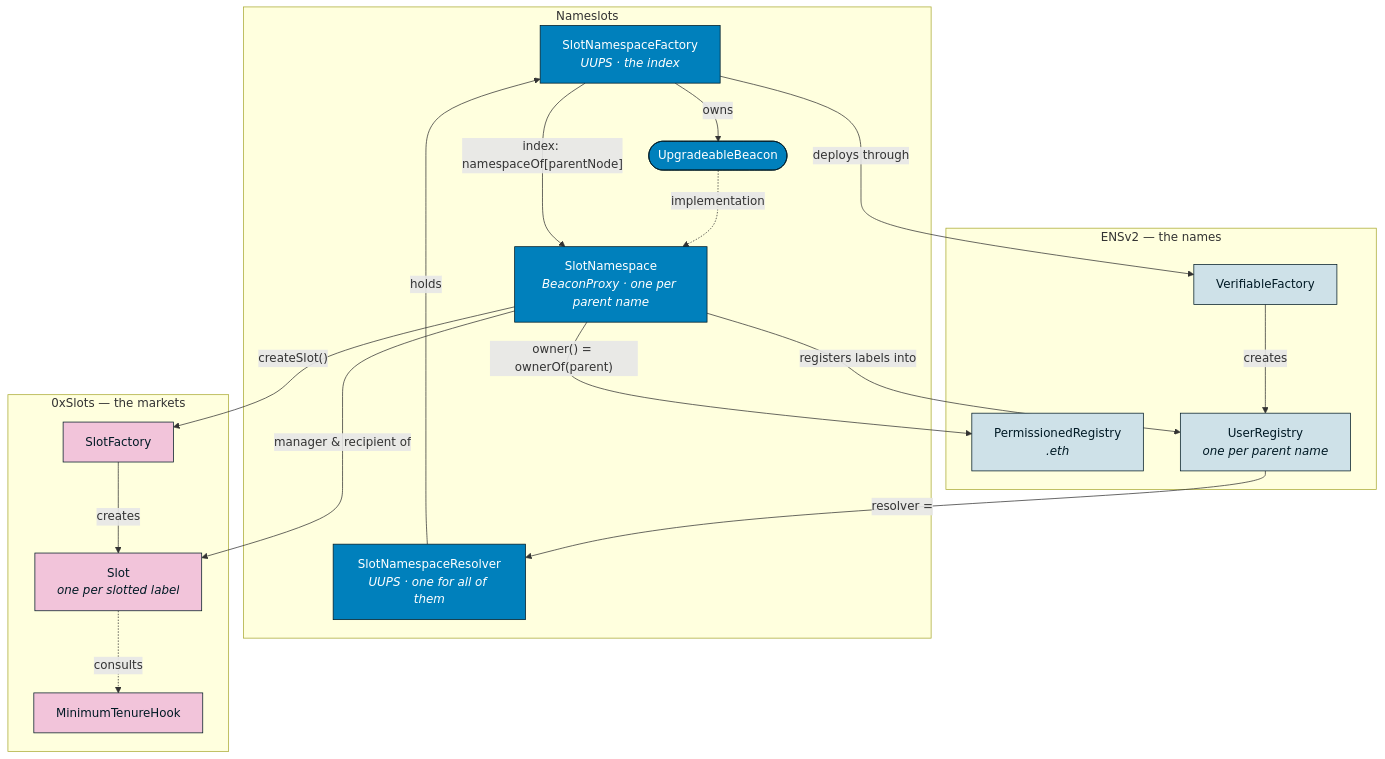
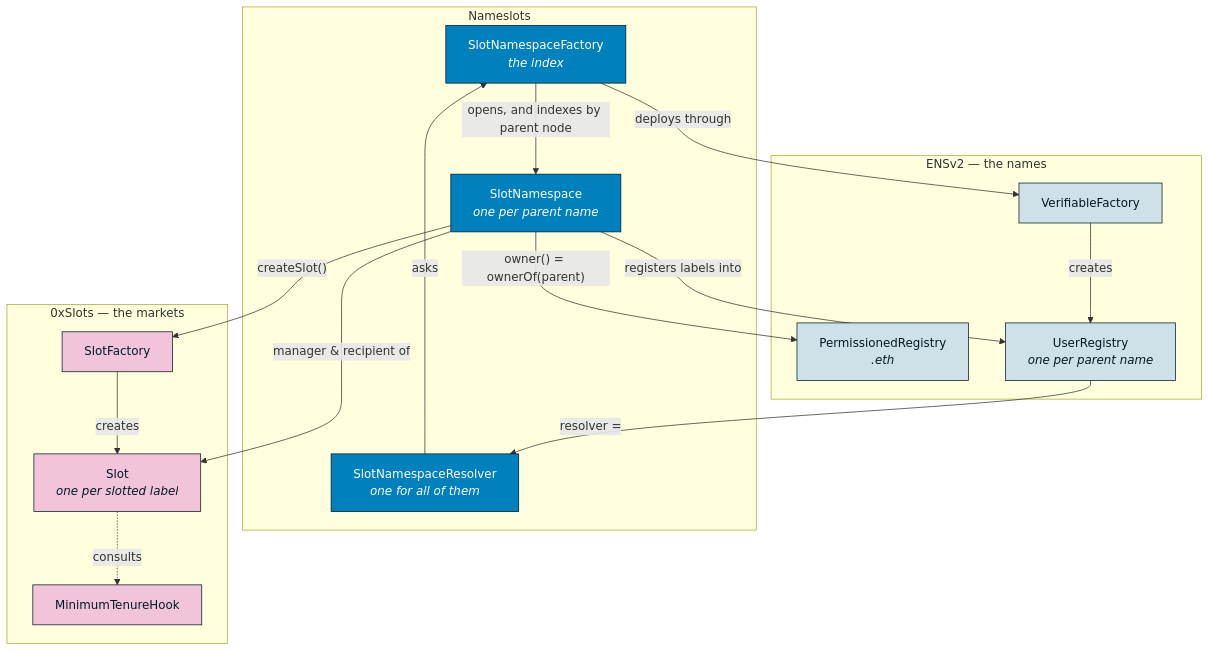
Before and after one commit to nezz0746/ens-slots: the first of 5 diagrams in docs/protocol.md, drawn with Mermaid. The commit also changed other lines of this file and 10 other files, not shown here.

````diff
--- a/docs/protocol.md
+++ b/docs/protocol.md
@@ -13,44 +13,41 @@
 ```mermaid
 graph TB
     subgraph OURS["Nameslots"]
-        F["SlotNamespaceFactory<br/><i>UUPS · the index</i>"]
-        B(["UpgradeableBeacon"])
-        NS["SlotNamespace<br/><i>BeaconProxy · one per parent name</i>"]
-        RES["SlotNamespaceResolver<br/><i>UUPS · one for all of them</i>"]
+        F["SlotNamespaceFactory<br/><i>the index</i>"]
+        NS["SlotNamespace<br/><i>one per parent name</i>"]
+        RES["SlotNamespaceResolver<br/><i>one for all of them</i>"]
     end
 
     subgraph ENS["ENSv2 — the names"]
         ETH["PermissionedRegistry<br/><i>.eth</i>"]
         VF["VerifiableFactory"]
         USER["UserRegistry<br/><i>one per parent name</i>"]
     end
 
     subgraph SLOTS["0xSlots — the markets"]
         SF["SlotFactory"]
         SLOT["Slot<br/><i>one per slotted label</i>"]
         HOOK["MinimumTenureHook"]
     end
 
-    F -->|owns| B
-    B -.->|implementation| NS
-    F -->|"index: namespaceOf[parentNode]"| NS
+    F -->|"opens, and indexes by parent node"| NS
     F -->|deploys through| VF
     VF -->|creates| USER
-    RES -->|holds| F
+    RES -->|asks| F
 
     NS -->|registers labels into| USER
     USER -->|"resolver ="| RES
     NS -->|"owner() = ownerOf(parent)"| ETH
 
     NS -->|"createSlot()"| SF
     SF -->|creates| SLOT
     NS -->|"manager &amp; recipient of"| SLOT
     SLOT -.->|consults| HOOK
 
     classDef ours fill:#0080bc,stroke:#011a25,color:#fff
     classDef ens fill:#cee1e8,stroke:#011a25,color:#011a25
     classDef slot fill:#f2c4da,stroke:#011a25,color:#011a25
-    class F,B,NS,RES ours
+    class F,NS,RES ours
     class ETH,VF,USER ens
     class SF,SLOT,HOOK slot
 ```
````
